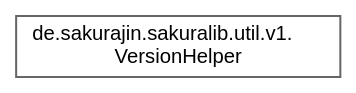
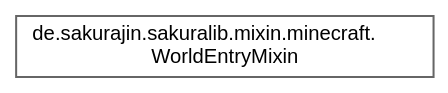
The diagram in inherit_graph_23.dot (noah1510/sakura-lib), drawn with Graphviz before and after one commit. The commit also changed 77 other files, not shown here.

```diff
--- a/inherit_graph_23.dot
+++ b/inherit_graph_23.dot
@@ -1,9 +1,9 @@
 digraph "Graphical Class Hierarchy"
 {
  // LATEX_PDF_SIZE
   bgcolor="transparent";
   edge [fontname=Helvetica,fontsize=10,labelfontname=Helvetica,labelfontsize=10];
   node [fontname=Helvetica,fontsize=10,shape=box,height=0.2,width=0.4];
   rankdir="LR";
-  Node0 [label="de.sakurajin.sakuralib.util.v1.\lVersionHelper",height=0.2,width=0.4,color="grey40", fillcolor="white", style="filled",URL="$classde_1_1sakurajin_1_1sakuralib_1_1util_1_1v1_1_1VersionHelper.html",tooltip=" "];
+  Node0 [label="de.sakurajin.sakuralib.mixin.minecraft.\lWorldEntryMixin",height=0.2,width=0.4,color="grey40", fillcolor="white", style="filled",URL="$classde_1_1sakurajin_1_1sakuralib_1_1mixin_1_1minecraft_1_1WorldEntryMixin.html",tooltip=" "];
 }
```
